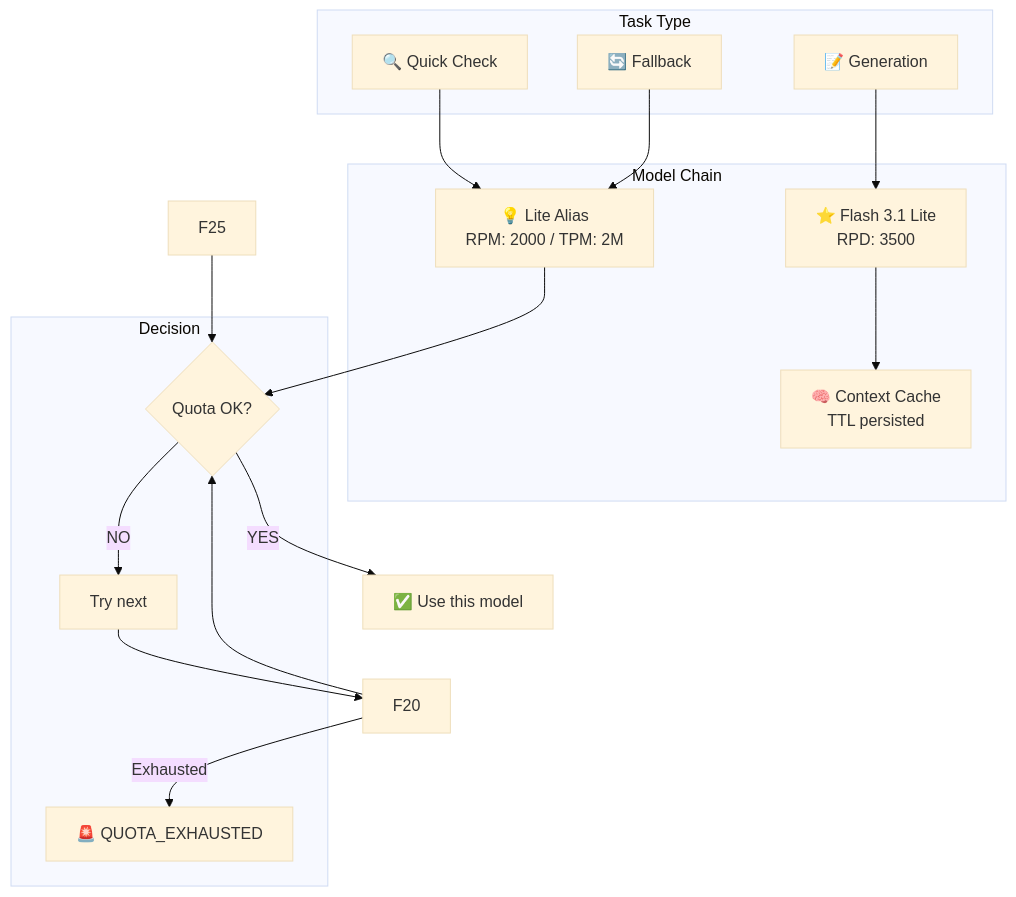
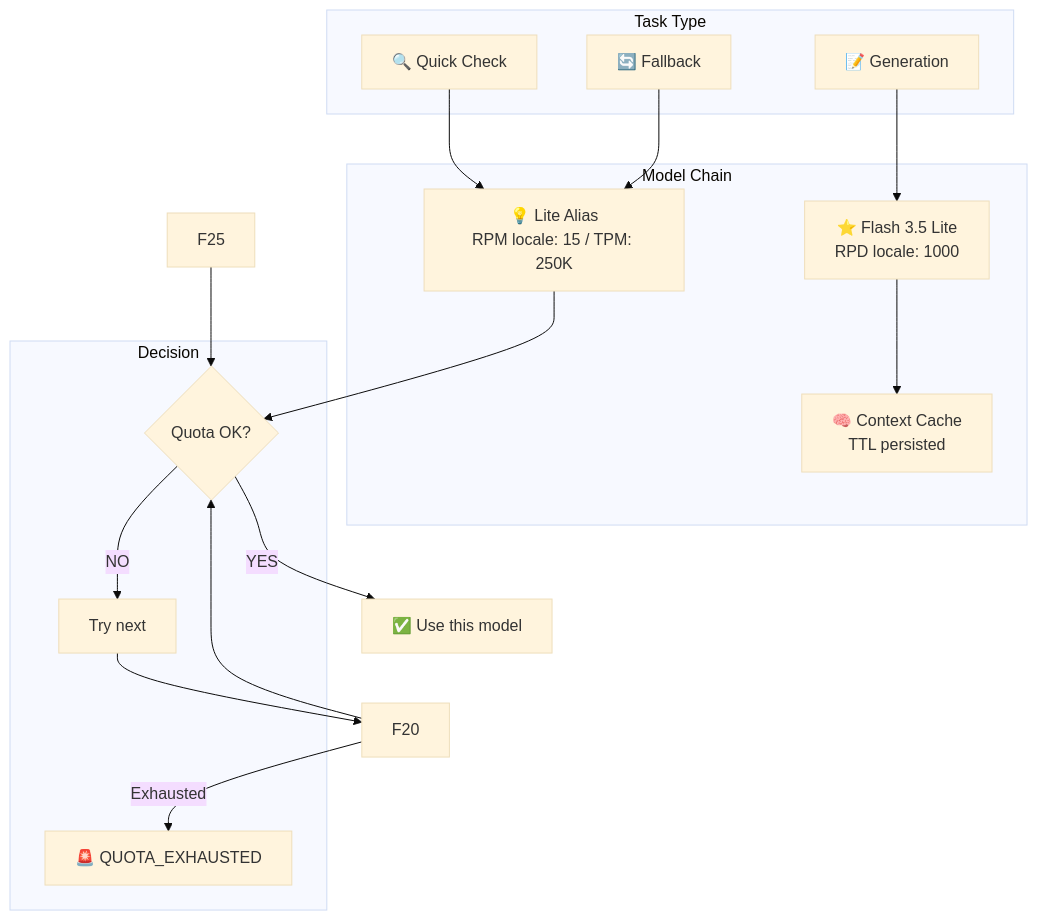
The fourth of 9 diagrams in docs/ARCHITECTURE_DIAGRAMS.md (rasanfil-source/segreteria), drawn with Mermaid (base theme) before and after one commit. The commit also changed other lines of this file and 37 other files, not shown here.

````diff
--- a/docs/ARCHITECTURE_DIAGRAMS.md
+++ b/docs/ARCHITECTURE_DIAGRAMS.md
@@ -147,34 +149,34 @@
 ```mermaid
 graph TD
     subgraph "Task Type"
         QC["🔍 Quick Check"]
         GEN["📝 Generation"]
         FB["🔄 Fallback"]
     end
     
     subgraph "Model Chain"
-        F31["⭐ Flash 3.1 Lite<br/>RPD: 3500"]
-        FLITE["💡 Lite Alias<br/>RPM: 2000 / TPM: 2M"]
+        F31["⭐ Flash 3.5 Lite<br/>RPD locale: 1000"]
+        FLITE["💡 Lite Alias<br/>RPM locale: 15 / TPM: 250K"]
         CACHE["🧠 Context Cache<br/>TTL persisted"]
     end
     
     subgraph "Decision"
         CHECK{Quota OK?}
         NEXT[Try next]
         ERROR["🚨 QUOTA_EXHAUSTED"]
     end
     
     QC --> FLITE
     GEN --> F31
     FB --> FLITE
     F31 --> CACHE
     
     F25 --> CHECK
     FLITE --> CHECK
     F20 --> CHECK
     
     CHECK -->|YES| USE["✅ Use this model"]
     CHECK -->|NO| NEXT
     NEXT --> F20
     F20 -->|Exhausted| ERROR
 ```
````
